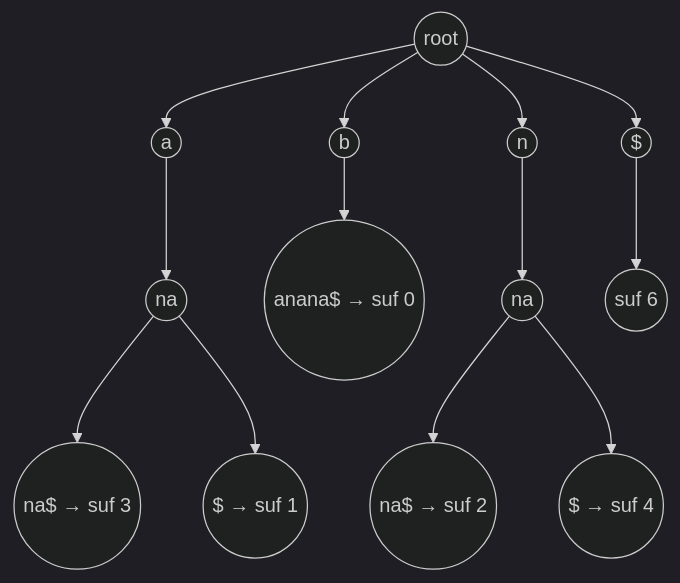
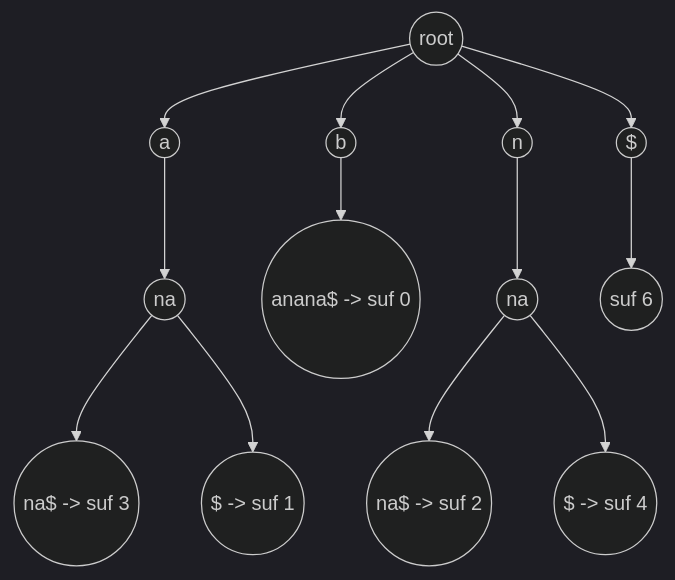
Before and after one commit to PriyanshuMidha/System_Design_notes: the fourth of 5 diagrams in 01 CS Fundamentals/Tries, Suffix Trees and Suffix Arrays.md, drawn with Mermaid (dark theme). The commit also changed other lines of this file and 215 other files, not shown here.

````diff
--- a/01 CS Fundamentals/Tries, Suffix Trees and Suffix Arrays.md
+++ b/01 CS Fundamentals/Tries, Suffix Trees and Suffix Arrays.md
@@ -85,15 +133,15 @@
 ```mermaid
 flowchart TD
     R((root)) --> A(("a"))
     R --> B(("b"))
     R --> N(("n"))
     R --> D(("$"))
     A --> AN(("na"))
-    AN --> ANA(("na$ → suf 3"))
-    AN --> ANB(("$ → suf 1"))
-    B --> BA(("anana$ → suf 0"))
+    AN --> ANA(("na$ -> suf 3"))
+    AN --> ANB(("$ -> suf 1"))
+    B --> BA(("anana$ -> suf 0"))
     N --> NA(("na"))
-    NA --> NAA(("na$ → suf 2"))
-    NA --> NAB(("$ → suf 4"))
+    NA --> NAA(("na$ -> suf 2"))
+    NA --> NAB(("$ -> suf 4"))
     D --> DD(("suf 6"))
 ```
````
